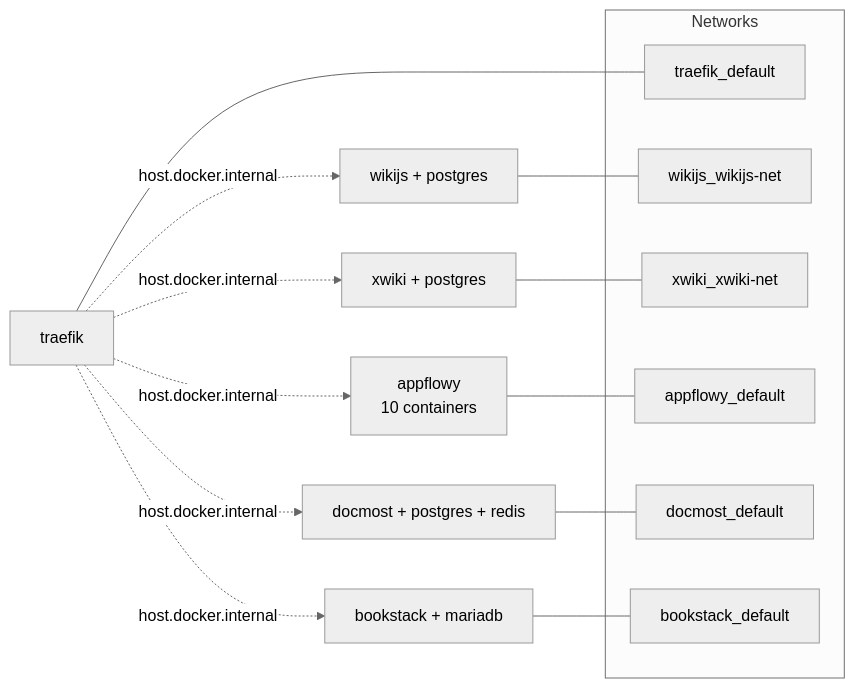
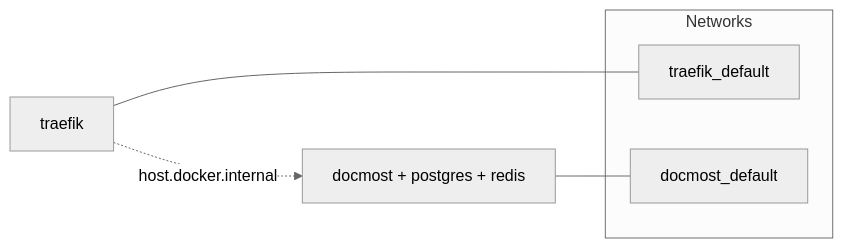
The fourth of 4 diagrams in docs/infrastructure.md (chill-pickle/vps-000), drawn with Mermaid (neutral theme) before and after one commit. The commit also changed other lines of this file and 14 other files, not shown here.

````diff
--- a/docs/infrastructure.md
+++ b/docs/infrastructure.md
@@ -209,24 +161,12 @@
 ```mermaid
 graph LR
     subgraph Networks
         TN[traefik_default]
-        WN[wikijs_wikijs-net]
-        XN[xwiki_xwiki-net]
-        AN[appflowy_default]
         DN[docmost_default]
-        BN[bookstack_default]
     end
 
     T[traefik] --- TN
-    WJ[wikijs + postgres] --- WN
-    XW[xwiki + postgres] --- XN
-    AF[appflowy<br/>10 containers] --- AN
     DMS[docmost + postgres + redis] --- DN
-    BSS[bookstack + mariadb] --- BN
 
-    T -.->|host.docker.internal| WJ
-    T -.->|host.docker.internal| XW
-    T -.->|host.docker.internal| AF
     T -.->|host.docker.internal| DMS
-    T -.->|host.docker.internal| BSS
 ```
````
